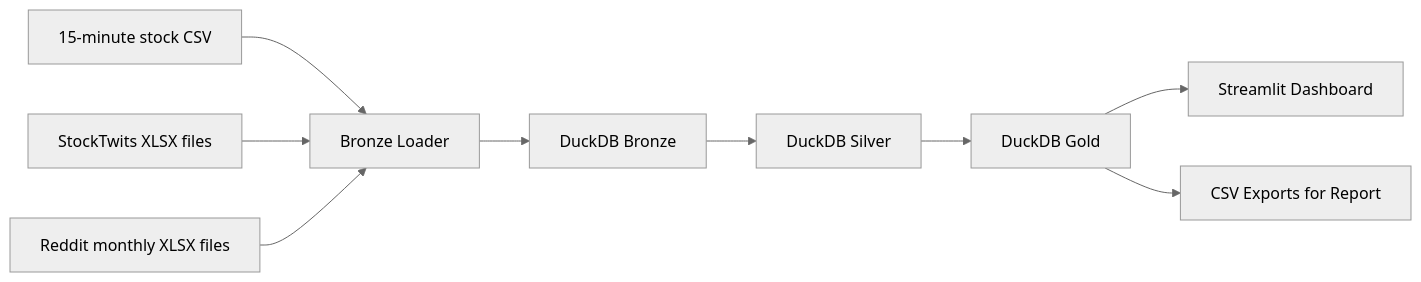
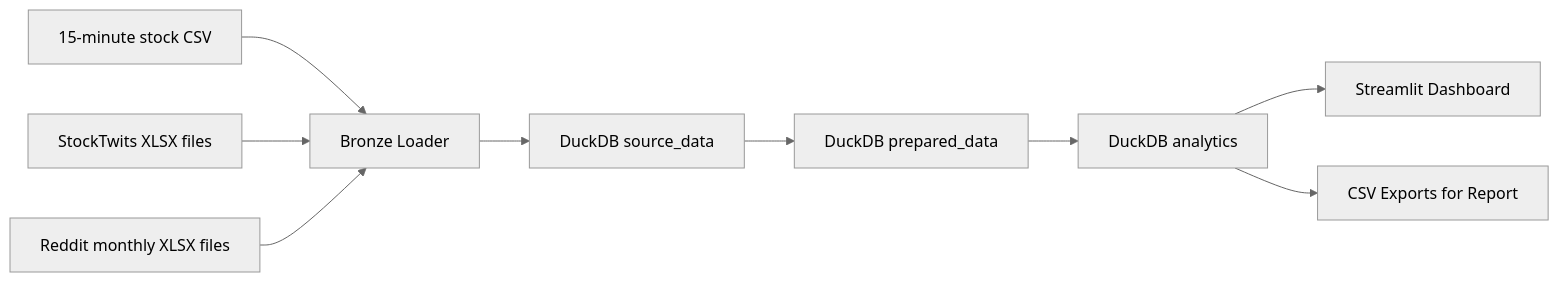
One commit to Arvedek/DE changed the diagram in docs/project_design.md. Above: the diagram before and after it, drawn with Mermaid (neutral theme). The commit also changed other lines of this file and 14 other files, not shown here.

````diff
--- a/docs/project_design.md
+++ b/docs/project_design.md
@@ -47,11 +47,11 @@
 ```mermaid
 flowchart LR
     A["15-minute stock CSV"] --> B["Bronze Loader"]
     C["StockTwits XLSX files"] --> B
     D["Reddit monthly XLSX files"] --> B
-    B --> E["DuckDB Bronze"]
-    E --> F["DuckDB Silver"]
-    F --> G["DuckDB Gold"]
+    B --> E["DuckDB source_data"]
+    E --> F["DuckDB prepared_data"]
+    F --> G["DuckDB analytics"]
     G --> H["Streamlit Dashboard"]
     G --> I["CSV Exports for Report"]
 ```
````
